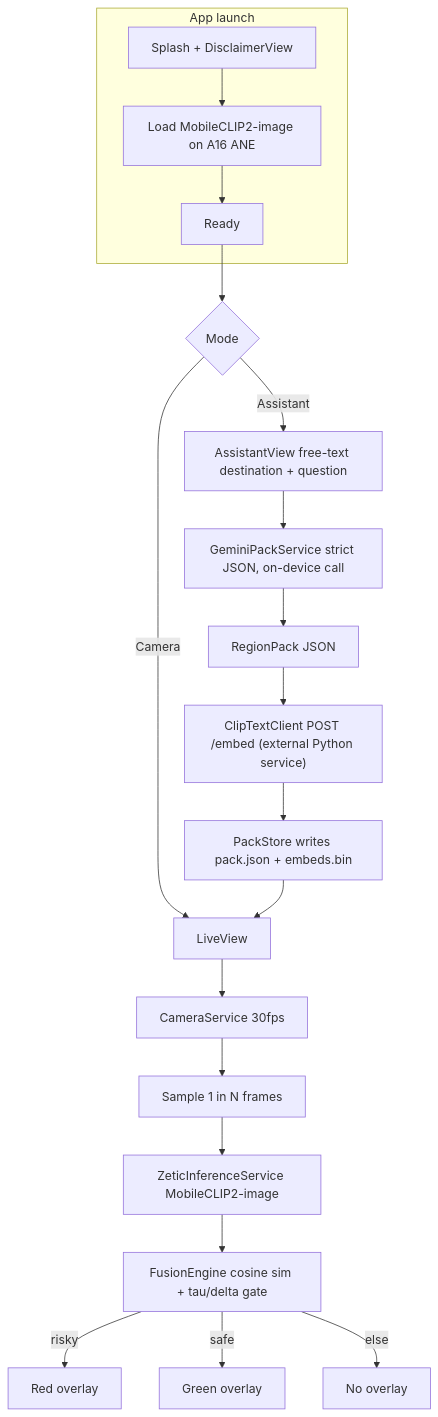
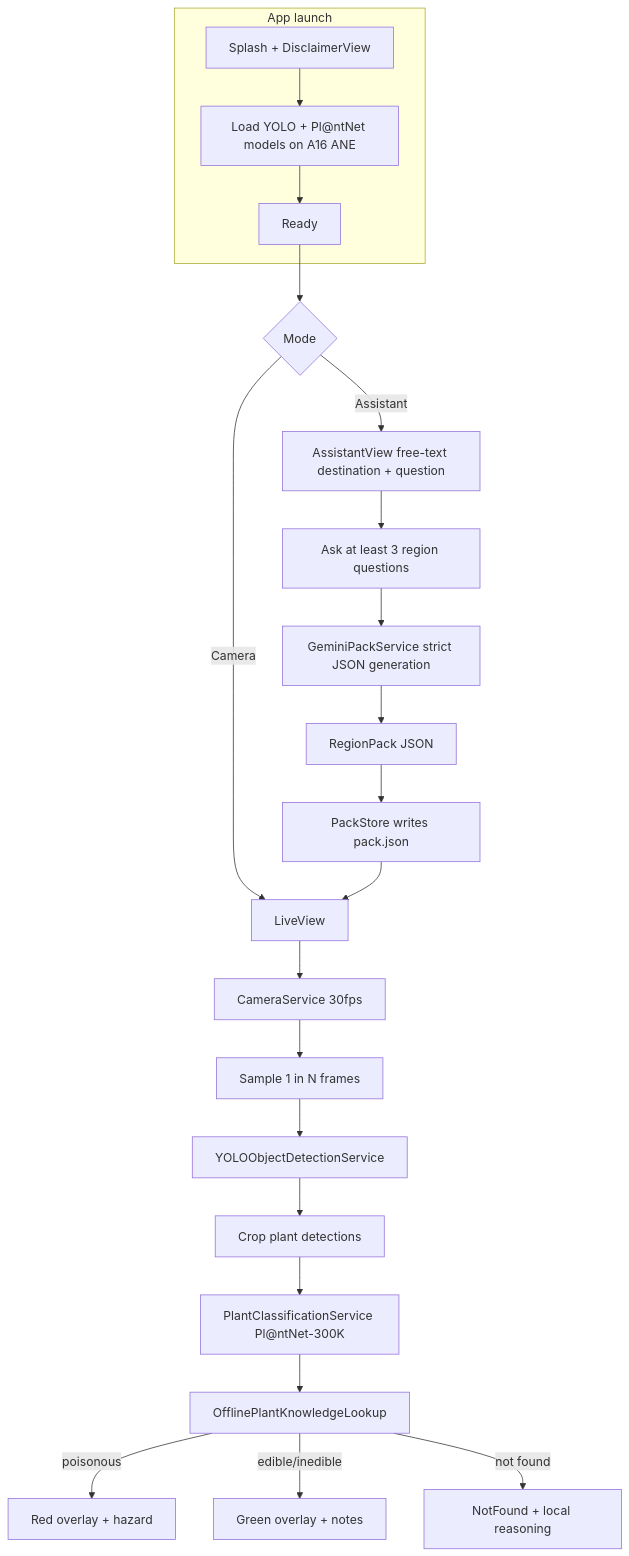
Before and after one commit to AHHHHHH0-0/campy: the diagram in prd.md, drawn with Mermaid. The commit also changed other lines of this file, not shown here.

Commit message:
Update PRD to YOLO + Pl@ntNet pipeline and app color palette

````diff
--- a/prd.md
+++ b/prd.md
@@ -58,24 +68,26 @@
 ```mermaid
 flowchart TB
   subgraph App [App launch]
-    Boot[Splash + DisclaimerView] --> LoadModel["Load MobileCLIP2-image on A16 ANE"]
+    Boot[Splash + DisclaimerView] --> LoadModel["Load YOLO + Pl@ntNet models on A16 ANE"]
     LoadModel --> Ready[Ready]
   end
   Ready --> Choice{Mode}
   Choice -->|Assistant| Assist[AssistantView free-text destination + question]
   Choice -->|Camera| Cam[LiveView]
 
-  Assist --> Gemini["GeminiPackService strict JSON, on-device call"]
+  Assist --> QnA["Ask at least 3 region questions"]
+  QnA --> Gemini["GeminiPackService strict JSON generation"]
   Gemini --> Pack[RegionPack JSON]
-  Pack --> Embed["ClipTextClient POST /embed (external Python service)"]
-  Embed --> Store[PackStore writes pack.json + embeds.bin]
+  Pack --> Store[PackStore writes pack.json]
   Store --> Cam
 
   Cam --> Frame[CameraService 30fps]
   Frame --> Throttle[Sample 1 in N frames]
-  Throttle --> Img[ZeticInferenceService MobileCLIP2-image]
-  Img --> Fuse[FusionEngine cosine sim + tau/delta gate]
-  Fuse -->|risky| Red[Red overlay]
-  Fuse -->|safe| Green[Green overlay]
-  Fuse -->|else| Blank[No overlay]
+  Throttle --> Detect[YOLOObjectDetectionService]
+  Detect --> Crop[Crop plant detections]
+  Crop --> Classify[PlantClassificationService Pl@ntNet-300K]
+  Classify --> Lookup[OfflinePlantKnowledgeLookup]
+  Lookup -->|poisonous| Red[Red overlay + hazard]
+  Lookup -->|edible/inedible| Green[Green overlay + notes]
+  Lookup -->|not found| Fallback[NotFound + local reasoning]
 ```
````
